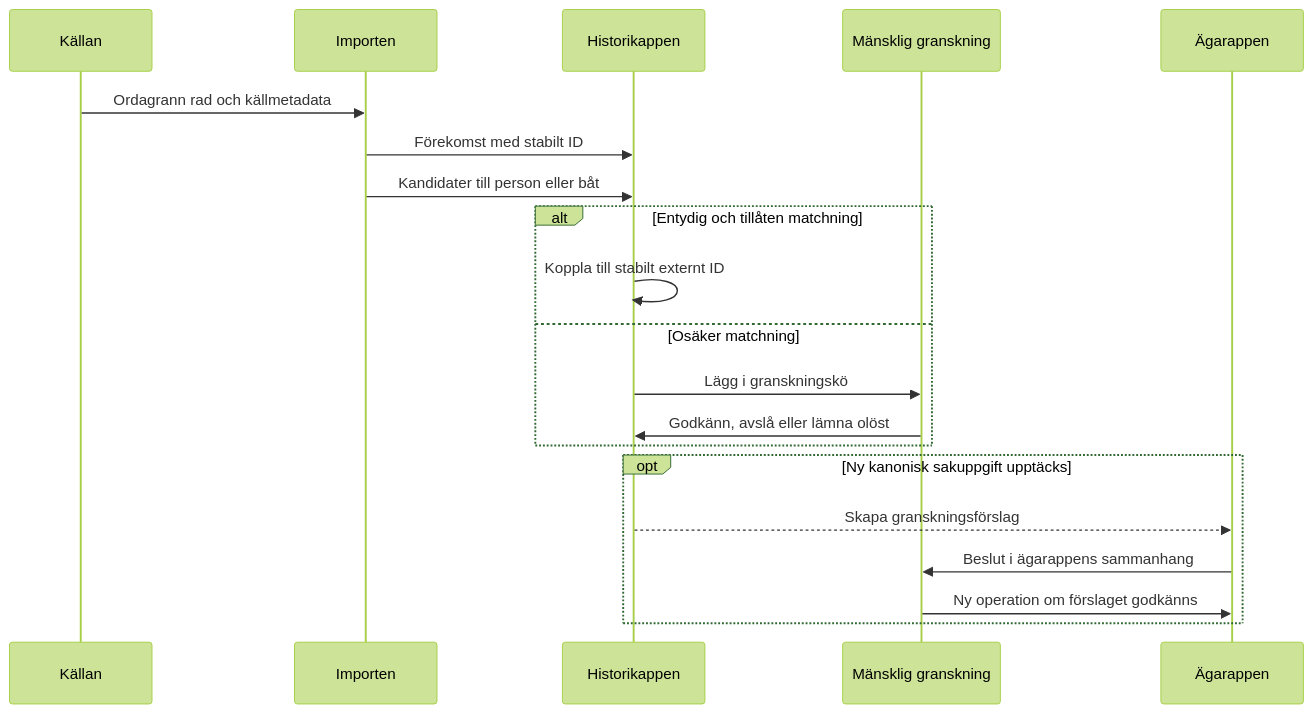
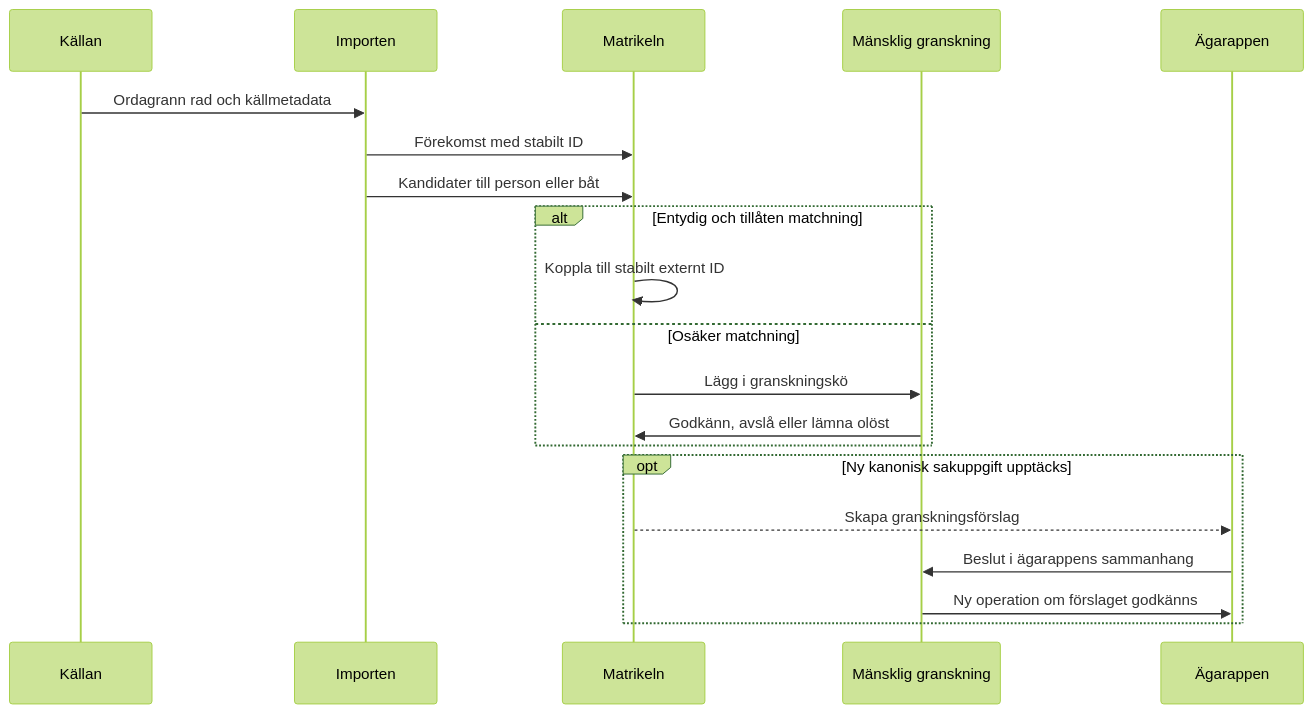
One commit to simonsvahn/korpholmen changed the fifth of 6 diagrams in ARKITEKTUR.md. Above: the diagram before and after it, drawn with Mermaid (forest theme). The commit also changed other lines of this file and 240 other files, not shown here.

````diff
--- a/ARKITEKTUR.md
+++ b/ARKITEKTUR.md
@@ -230,23 +230,23 @@
 ```mermaid
 sequenceDiagram
     participant K as Källan
     participant I as Importen
-    participant H as Historikappen
+    participant H as Matrikeln
     participant G as Mänsklig granskning
     participant A as Ägarappen
 
     K->>I: Ordagrann rad och källmetadata
     I->>H: Förekomst med stabilt ID
     I->>H: Kandidater till person eller båt
     alt Entydig och tillåten matchning
         H->>H: Koppla till stabilt externt ID
     else Osäker matchning
         H->>G: Lägg i granskningskö
         G->>H: Godkänn, avslå eller lämna olöst
     end
     opt Ny kanonisk sakuppgift upptäcks
         H-->>A: Skapa granskningsförslag
         A->>G: Beslut i ägarappens sammanhang
         G->>A: Ny operation om förslaget godkänns
     end
 ```
````
